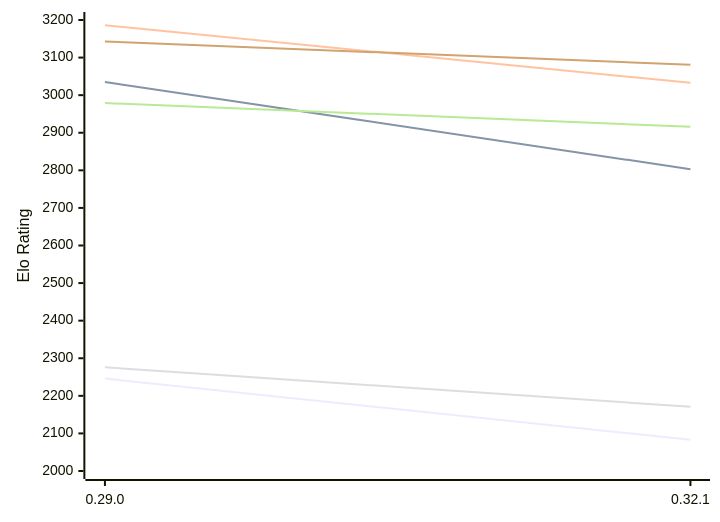
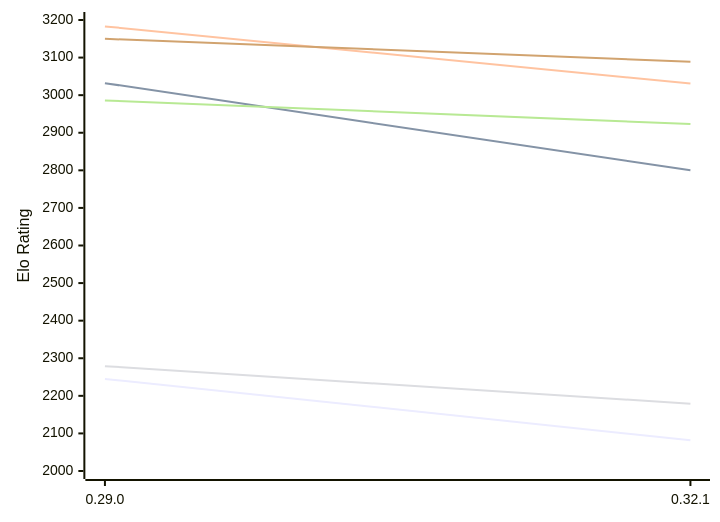
Before and after one commit to computer-chess-index/cci: the first of 2 diagrams in engines/Lc0.md, drawn with Mermaid. The commit also changed other lines of this file, not shown here.

Commit message:
Update CCI Ratings (ELO VLTC) - 2026-11-23

````diff
--- a/engines/Lc0.md
+++ b/engines/Lc0.md
@@ -50,12 +50,12 @@
 ```mermaid
 %%{init: {"theme":"base","themeVariables":{"seriesColors:['#a3a3a3','#222221','#faa371']}}}%%
 xychart-beta
   x-axis ["0.29.0", "0.32.1"]
   y-axis "Elo Rating" 2000 --> 3200
-  line "E1: STC (8.0+0.08s)" [2246, 2083]
-  line "E1: LTC (60.0+0.60s)" [3035, 2803]
-  line "E1: VLTC (2m24s+1.12s)" [3186, 3033]
-  line "P1: STC (8.0+0.08s)" [2276, 2171]
-  line "P1: LTC (60.0+0.60s)" [2979, 2916]
-  line "P1: VLTC (2m24s+1.12s)" [3143, 3081]
+  line "E1: STC (8.0+0.08s)" [2245, 2082]
+  line "E1: LTC (60.0+0.60s)" [3032, 2800]
+  line "E1: VLTC (2m24s+1.12s)" [3183, 3031]
+  line "P1: STC (8.0+0.08s)" [2279, 2179]
+  line "P1: LTC (60.0+0.60s)" [2986, 2923]
+  line "P1: VLTC (2m24s+1.12s)" [3150, 3089]
 ```
````
